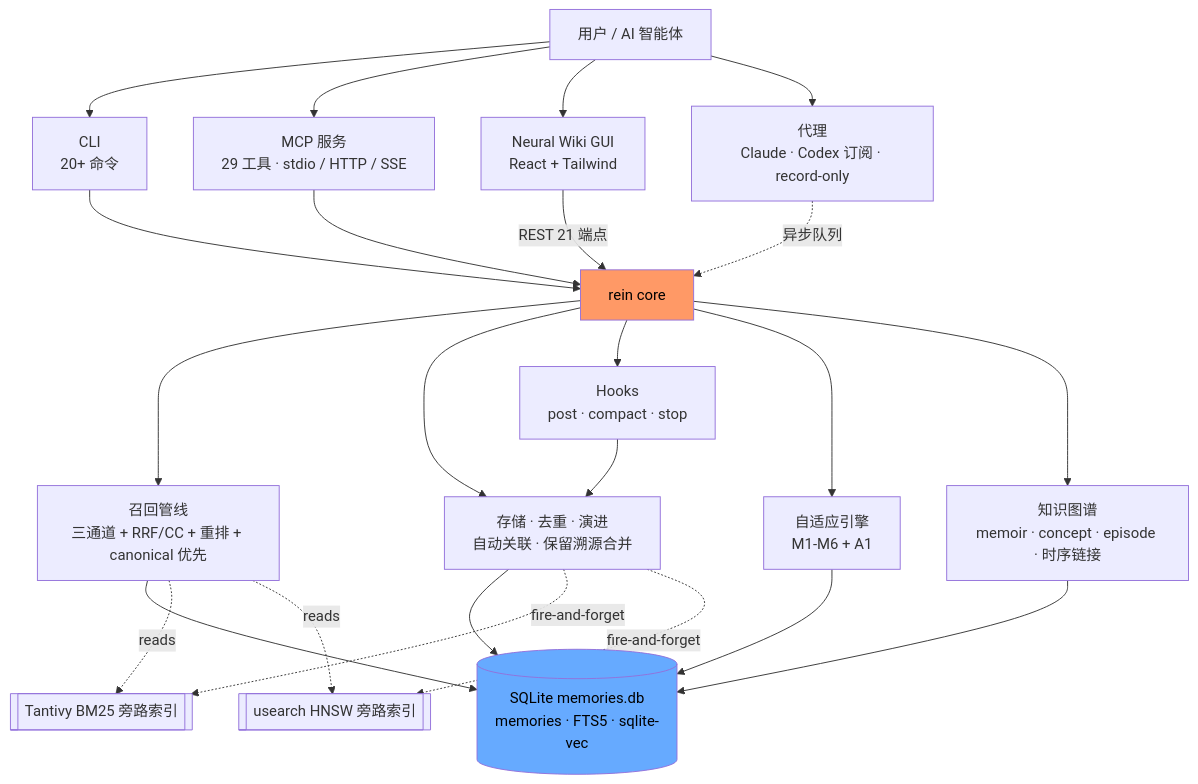
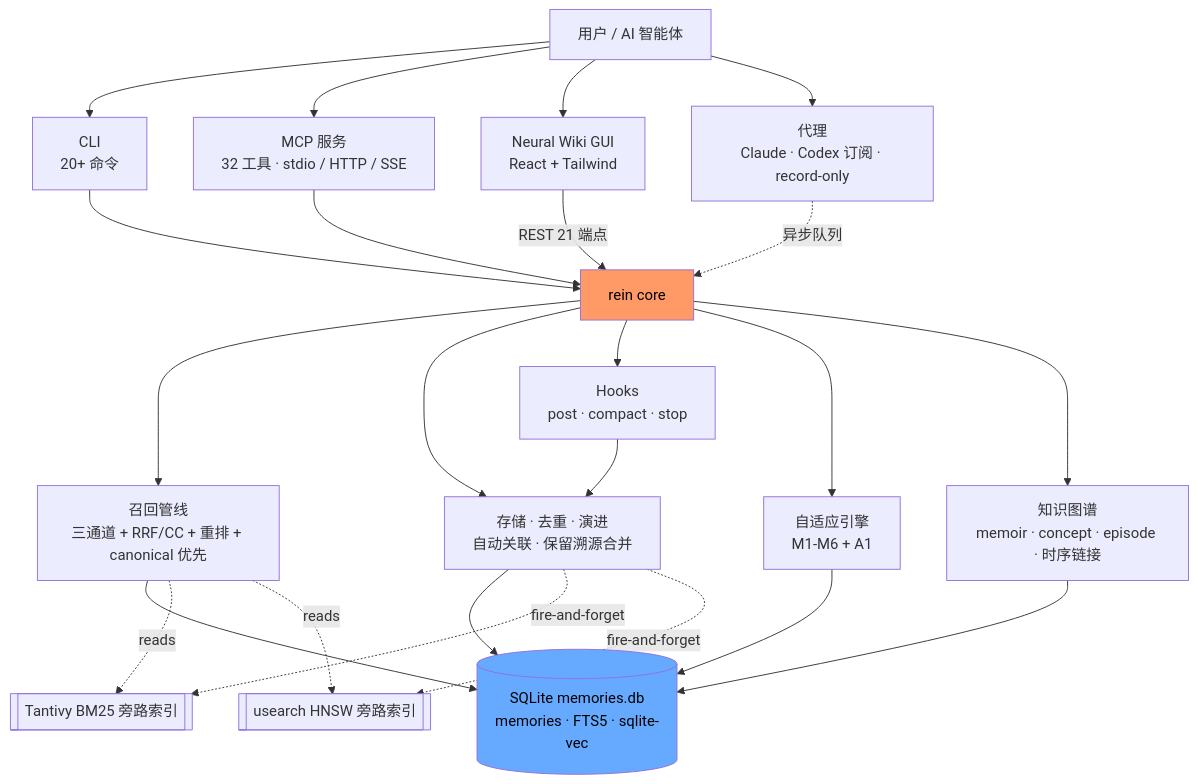
Before and after one commit to lyr1cs/rein: the eighth of 8 diagrams in README.md, drawn with Mermaid. The commit also changed other lines of this file and 1 other file, not shown here.

First line of the commit message:
chore(v0.23.0): sync README.md + AGENTS.md MCP tool count 31 -> 32

````diff
--- a/README.md
+++ b/README.md
@@ -1600,49 +1600,49 @@
 ```mermaid
 flowchart TD
     U[用户 / AI 智能体]
     CLI[CLI\n20+ 命令]
-    MCP[MCP 服务\n29 工具 · stdio / HTTP / SSE]
+    MCP[MCP 服务\n32 工具 · stdio / HTTP / SSE]
     GUI[Neural Wiki GUI\nReact + Tailwind]
     PXY[代理\nClaude · Codex 订阅 · record-only]
 
     U --> CLI
     U --> MCP
     U --> GUI
     U --> PXY
 
     CORE[rein core]
     CLI --> CORE
     MCP --> CORE
     GUI -->|REST 21 端点| CORE
     PXY -.->|异步队列| CORE
 
     REC[召回管线\n三通道 + RRF/CC + 重排 + canonical 优先]
     ST[存储 · 去重 · 演进\n自动关联 · 保留溯源合并]
     HK[Hooks\npost · compact · stop]
     ADP[自适应引擎\nM1-M6 + A1]
     KG[知识图谱\nmemoir · concept · episode · 时序链接]
 
     CORE --> REC
     CORE --> ST
     CORE --> HK
     CORE --> ADP
     CORE --> KG
 
     DB[(SQLite memories.db\nmemories · FTS5 · sqlite-vec)]
     TN[[Tantivy BM25 旁路索引]]
     US[[usearch HNSW 旁路索引]]
 
     REC --> DB
     ST --> DB
     HK --> ST
     ADP --> DB
     KG --> DB
 
     ST -.fire-and-forget.-> TN
     ST -.fire-and-forget.-> US
     REC -.reads.-> TN
     REC -.reads.-> US
 
     style DB fill:#6af,color:#000
     style CORE fill:#f96,color:#000
 ```
````
